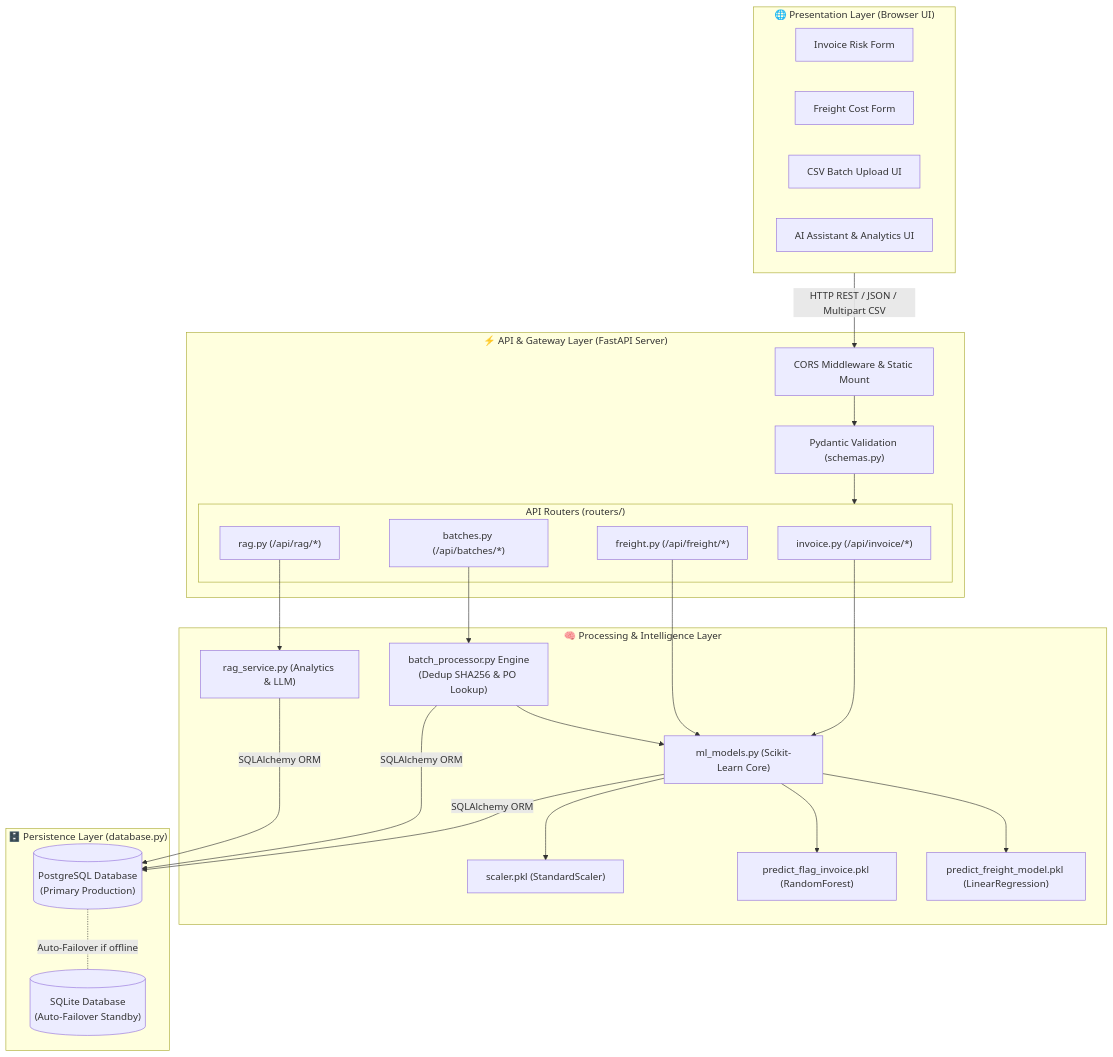
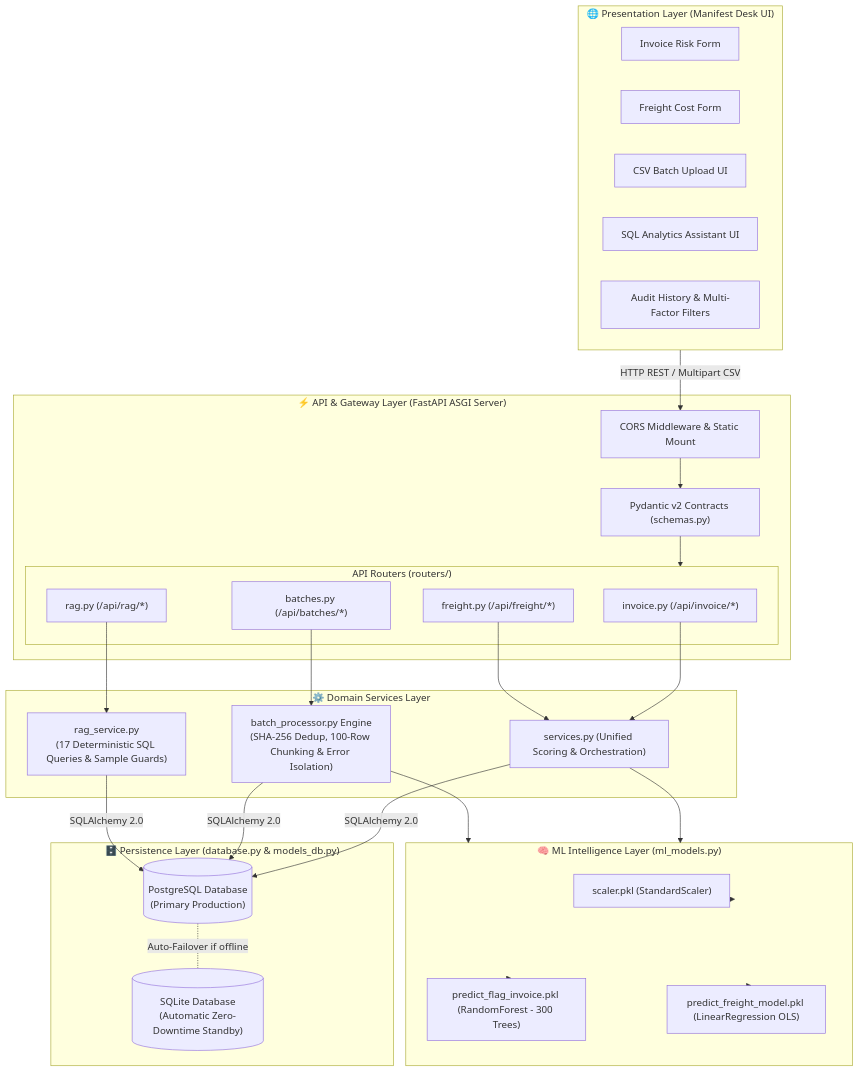
One commit to smithaherkar/vendor-update changed the first of 3 diagrams in README.md. Above: the diagram before and after it, drawn with Mermaid. The commit also changed other lines of this file and 4 other files, not shown here.

Commit message:
docs: update system architecture diagram and research paper documentation

````diff
--- a/README.md
+++ b/README.md
@@ -31,53 +31,58 @@
 ```mermaid
 flowchart TD
-    subgraph Client ["🌐 Presentation Layer (Browser UI)"]
+    subgraph Client ["🌐 Presentation Layer (Manifest Desk UI)"]
         UI_INV["Invoice Risk Form"]
         UI_FRT["Freight Cost Form"]
         UI_BAT["CSV Batch Upload UI"]
-        UI_RAG["AI Assistant & Analytics UI"]
+        UI_RAG["SQL Analytics Assistant UI"]
+        UI_HIST["Audit History & Multi-Factor Filters"]
     end
 
-    subgraph Backend ["⚡ API & Gateway Layer (FastAPI Server)"]
+    subgraph Gateway ["⚡ API & Gateway Layer (FastAPI ASGI Server)"]
         CORS["CORS Middleware & Static Mount"]
-        PYD["Pydantic Validation (schemas.py)"]
+        PYD["Pydantic v2 Contracts (schemas.py)"]
         subgraph Routers ["API Routers (routers/)"]
             R_INV["invoice.py (/api/invoice/*)"]
             R_FRT["freight.py (/api/freight/*)"]
             R_BAT["batches.py (/api/batches/*)"]
             R_RAG["rag.py (/api/rag/*)"]
         end
     end
 
-    subgraph Core ["🧠 Processing & Intelligence Layer"]
-        ML["ml_models.py (Scikit-Learn Core)"]
-        SCALER["scaler.pkl (StandardScaler)"]
-        RF_MODEL["predict_flag_invoice.pkl (RandomForest)"]
-        LR_MODEL["predict_freight_model.pkl (LinearRegression)"]
-        BATCH_PROC["batch_processor.py Engine\n(Dedup SHA256 & PO Lookup)"]
-        RAG_SVC["rag_service.py (Analytics & LLM)"]
+    subgraph Services ["⚙️ Domain Services Layer"]
+        SVC["services.py (Unified Scoring & Orchestration)"]
+        BATCH_PROC["batch_processor.py Engine\n(SHA-256 Dedup, 100-Row Chunking & Error Isolation)"]
+        RAG_SVC["rag_service.py\n(17 Deterministic SQL Queries & Sample Guards)"]
     end
 
-    subgraph DB ["🗄️ Persistence Layer (database.py)"]
-        PG[("PostgreSQL Database\n(Primary Production)")]
-        SQLITE[("SQLite Database\n(Auto-Failover Standby)")]
+    subgraph Core ["🧠 ML Intelligence Layer (ml_models.py)"]
+        SCALER["scaler.pkl (StandardScaler)"]
+        RF_MODEL["predict_flag_invoice.pkl (RandomForest - 300 Trees)"]
+        LR_MODEL["predict_freight_model.pkl (LinearRegression OLS)"]
     end
 
-    Client -->|HTTP REST / JSON / Multipart CSV| CORS
+    subgraph DB ["🗄️ Persistence Layer (database.py & models_db.py)"]
+        PG[("PostgreSQL Database\n(Primary Production)")]
+        SQLITE[("SQLite Database\n(Automatic Zero-Downtime Standby)")]
+    end
+
+    Client -->|HTTP REST / Multipart CSV| CORS
     CORS --> PYD
     PYD --> Routers
-    R_INV --> ML
-    R_FRT --> ML
+    R_INV --> SVC
+    R_FRT --> SVC
     R_BAT --> BATCH_PROC
     R_RAG --> RAG_SVC
 
-    ML --> SCALER
-    ML --> RF_MODEL
-    ML --> LR_MODEL
-    BATCH_PROC --> ML
+    SVC --> Core
+    BATCH_PROC --> Core
+    Core --> SCALER
+    Core --> RF_MODEL
+    Core --> LR_MODEL
 
-    ML -->|SQLAlchemy ORM| PG
-    BATCH_PROC -->|SQLAlchemy ORM| PG
-    RAG_SVC -->|SQLAlchemy ORM| PG
+    SVC -->|SQLAlchemy 2.0| PG
+    BATCH_PROC -->|SQLAlchemy 2.0| PG
+    RAG_SVC -->|SQLAlchemy 2.0| PG
 
     PG -.-|Auto-Failover if offline| SQLITE
 ```
````
